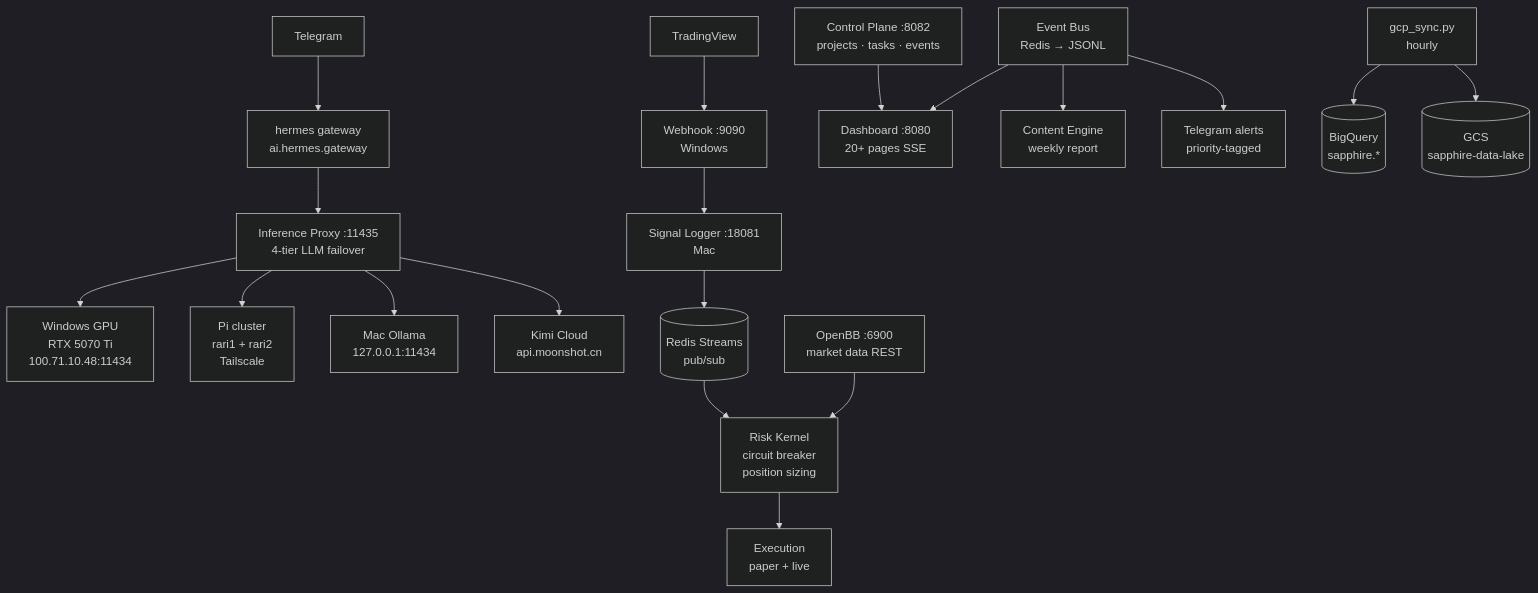
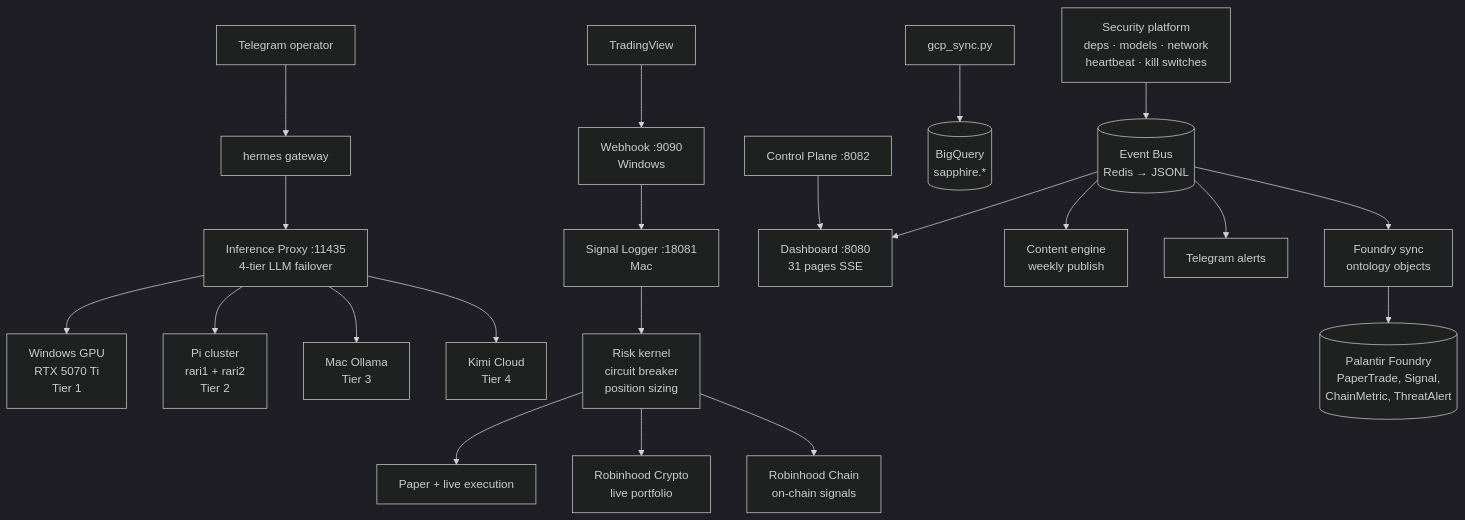
Before and after one commit to arigatoexpress/Sapphire: the diagram in README.md, drawn with Mermaid (dark theme). The commit also changed other lines of this file and 2 other files, not shown here.

````diff
--- a/README.md
+++ b/README.md
@@ -17,26 +17,28 @@
 ```mermaid
 graph TD
-    TG[Telegram] --> HG[hermes gateway\n ai.hermes.gateway]
-    HG --> IP[Inference Proxy :11435\n 4-tier LLM failover]
+    TG[Telegram operator] --> HG[hermes gateway]
+    HG --> IP[Inference Proxy :11435<br/>4-tier LLM failover]
 
-    IP --> GPU[Windows GPU\n RTX 5070 Ti\n 100.71.10.48:11434]
-    IP --> PI[Pi cluster\n rari1 + rari2\n Tailscale]
-    IP --> MAC[Mac Ollama\n 127.0.0.1:11434]
-    IP --> KC[Kimi Cloud\n api.moonshot.cn]
+    IP --> GPU[Windows GPU<br/>RTX 5070 Ti<br/>Tier 1]
+    IP --> PIS[Pi cluster<br/>rari1 + rari2<br/>Tier 2]
+    IP --> MAC[Mac Ollama<br/>Tier 3]
+    IP --> KC[Kimi Cloud<br/>Tier 4]
 
-    TV[TradingView] --> WH[Webhook :9090\n Windows]
-    WH --> SL[Signal Logger :18081\n Mac]
-    SL --> RD[(Redis Streams\n pub/sub)]
-    RD --> RK[Risk Kernel\n circuit breaker\n position sizing]
-    RK --> EX[Execution\n paper + live]
+    TV[TradingView] --> WH[Webhook :9090<br/>Windows]
+    WH --> SL[Signal Logger :18081<br/>Mac]
+    SL --> RK[Risk kernel<br/>circuit breaker<br/>position sizing]
+    RK --> PT[Paper + live execution]
+    RK --> RH[Robinhood Crypto<br/>live portfolio]
+    RK --> RC[Robinhood Chain<br/>on-chain signals]
 
-    EB[Event Bus\n Redis → JSONL] --> DS[Dashboard :8080\n 20+ pages SSE]
-    EB --> CE[Content Engine\n weekly report]
-    EB --> TA[Telegram alerts\n priority-tagged]
+    EB[(Event Bus<br/>Redis → JSONL)] --> DSH[Dashboard :8080<br/>31 pages SSE]
+    EB --> CE[Content engine<br/>weekly publish]
+    EB --> TA[Telegram alerts]
+    EB --> FS[Foundry sync<br/>ontology objects]
 
-    GS[gcp_sync.py\n hourly] --> BQ[(BigQuery\n sapphire.*)]
-    GS --> GCS[(GCS\n sapphire-data-lake)]
+    GS[gcp_sync.py] --> BQ[(BigQuery<br/>sapphire.*)]
+    FS --> PF[(Palantir Foundry<br/>PaperTrade, Signal,<br/>ChainMetric, ThreatAlert)]
 
-    CP[Control Plane :8082\n projects · tasks · events] --> DS
-    OB[OpenBB :6900\n market data REST] --> RK
+    SEC[Security platform<br/>deps · models · network<br/>heartbeat · kill switches] --> EB
+    CP[Control Plane :8082] --> DSH
 ```
````
